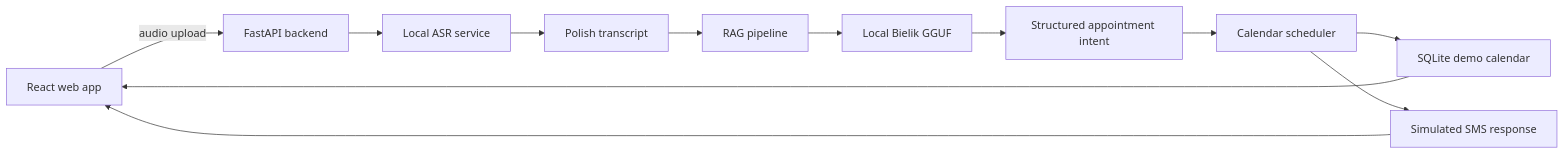
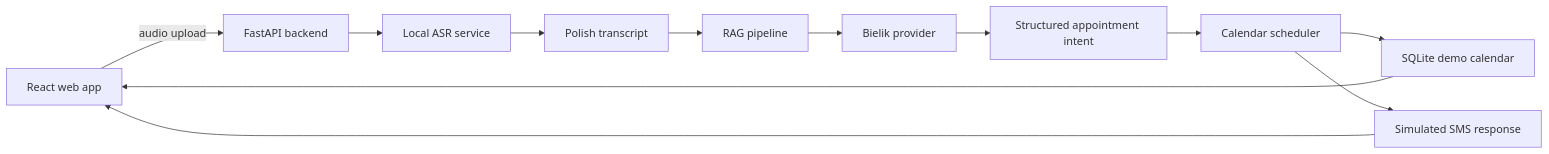
The diagram in docs/architecture.md (SzymczykMarcin/medical-scheduling-agent), drawn with Mermaid before and after one commit. The commit also changed other lines of this file and 9 other files, not shown here.

````diff
--- a/docs/architecture.md
+++ b/docs/architecture.md
@@ -5,14 +5,14 @@
 ```mermaid
 flowchart LR
     Browser["React web app"] -->|audio upload| API["FastAPI backend"]
     API --> ASR["Local ASR service"]
     ASR --> Transcript["Polish transcript"]
     Transcript --> RAG["RAG pipeline"]
-    RAG --> Bielik["Local Bielik GGUF"]
+    RAG --> Bielik["Bielik provider"]
     Bielik --> Intent["Structured appointment intent"]
     Intent --> Scheduler["Calendar scheduler"]
     Scheduler --> Store["SQLite demo calendar"]
     Scheduler --> Sms["Simulated SMS response"]
     Store --> Browser
     Sms --> Browser
 ```
````
